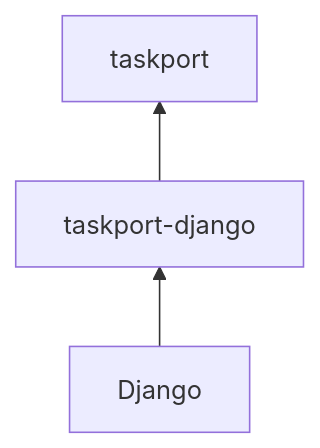
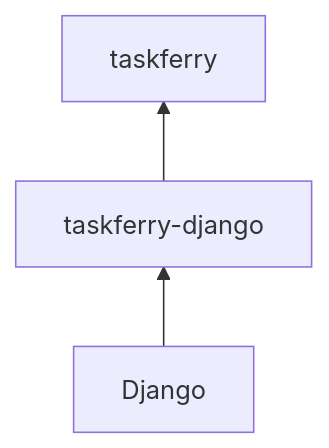
The diagram in docs/adr/0006-framework-adapters.md (xiidigital/taskferry), drawn with Mermaid before and after one commit. The commit also changed other lines of this file and 424 other files, not shown here.

First line of the commit message:
refactor: rebrand taskport to taskferry across all distributions

````diff
--- a/docs/adr/0006-framework-adapters.md
+++ b/docs/adr/0006-framework-adapters.md
@@ -17,8 +17,8 @@
 ```mermaid
 flowchart BT
     DJ["Django"]
-    TPD["taskport-django"]
-    TP["taskport"]
+    TPD["taskferry-django"]
+    TP["taskferry"]
 
     DJ --> TPD --> TP
 ```
````
